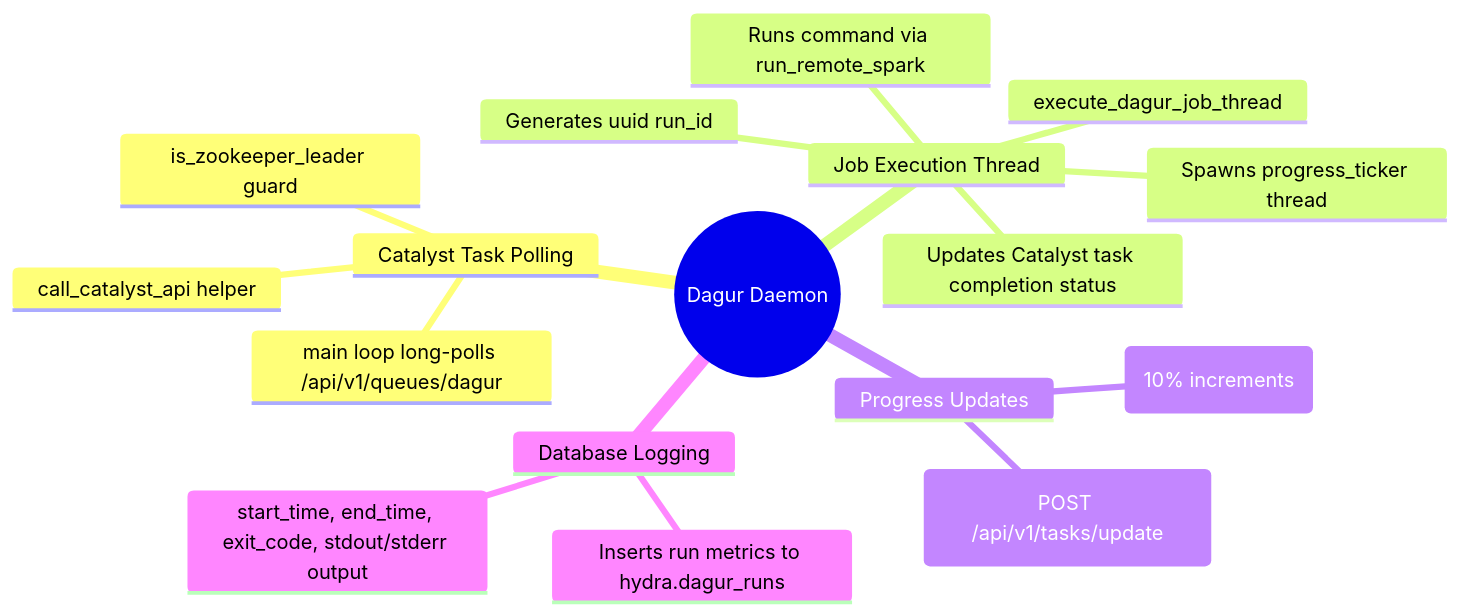
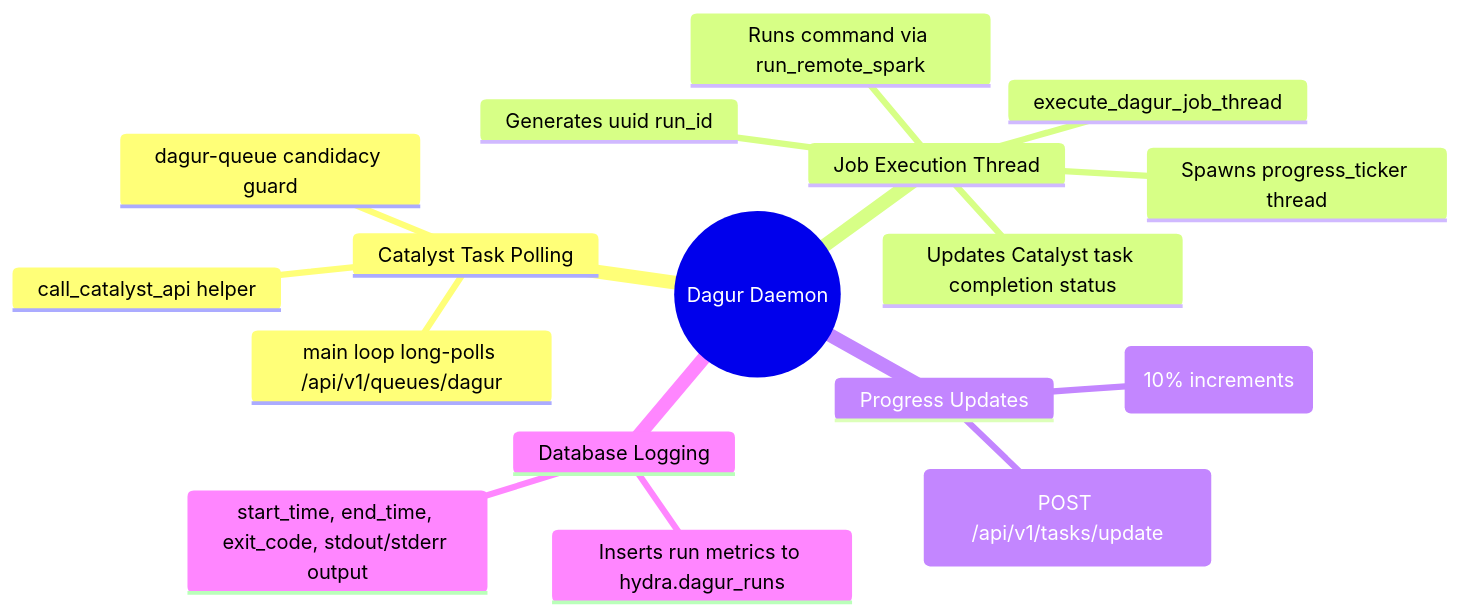
The diagram in docs/dagur_technical.md (AuroraRyunix/Helios-HCI), drawn with Mermaid before and after one commit. The commit also changed other lines of this file and 41 other files, not shown here.

````diff
--- a/docs/dagur_technical.md
+++ b/docs/dagur_technical.md
@@ -7,20 +7,20 @@
 ```mermaid
 mindmap
   root((Dagur Daemon))
     Catalyst Task Polling
       main loop long-polls /api/v1/queues/dagur
-      is_zookeeper_leader guard
+      dagur-queue candidacy guard
       call_catalyst_api helper
     Job Execution Thread
       execute_dagur_job_thread
       Generates uuid run_id
       Spawns progress_ticker thread
       Runs command via run_remote_spark
       Updates Catalyst task completion status
     Progress Updates
       Updates Catalyst task (POST /api/v1/tasks/update)
       Sends periodic progress (10% increments)
     Database Logging
       Inserts run metrics to hydra.dagur_runs
       start_time, end_time, exit_code, stdout/stderr output
 ```
````
